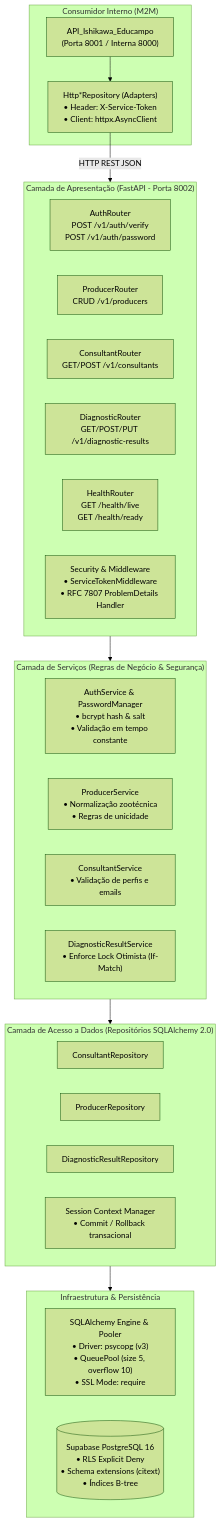
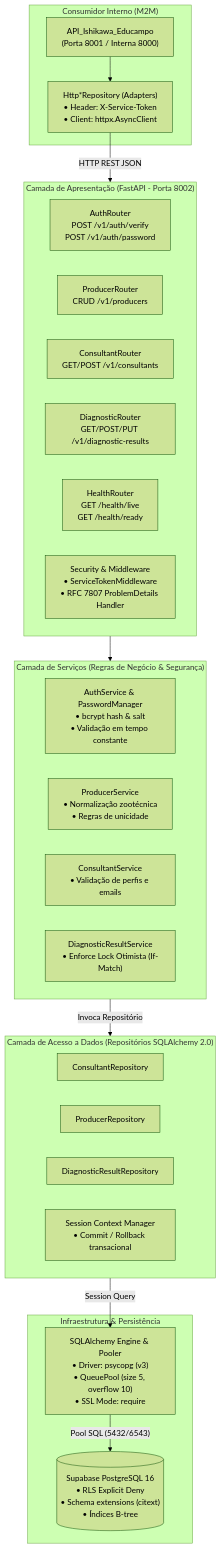
Before and after one commit to MarcosVeniciu/DB_API_Ishikawa: the diagram in docs/api_architecture_and_components.md, drawn with Mermaid (forest theme). The commit also changed 1 other file, not shown here.

Commit message:
fix(docs): align API UML connectors and clarify database engine origin in diagram

````diff
--- a/docs/api_architecture_and_components.md
+++ b/docs/api_architecture_and_components.md
@@ -23,41 +23,42 @@
 ```mermaid
 graph TD
     subgraph Consumidor["Consumidor Interno (M2M)"]
         MainAPI["API_Ishikawa_Educampo\n(Porta 8001 / Interna 8000)"]
         Adapters["Http*Repository (Adapters)\n• Header: X-Service-Token\n• Client: httpx.AsyncClient"]
         MainAPI --> Adapters
     end
 
     subgraph Presentation["Camada de Apresentação (FastAPI - Porta 8002)"]
         RouterAuth["AuthRouter\nPOST /v1/auth/verify\nPOST /v1/auth/password"]
         RouterProd["ProducerRouter\nCRUD /v1/producers"]
         RouterCons["ConsultantRouter\nGET/POST /v1/consultants"]
         RouterDiag["DiagnosticRouter\nGET/POST/PUT /v1/diagnostic-results"]
         RouterHealth["HealthRouter\nGET /health/live\nGET /health/ready"]
         SecMiddleware["Security & Middleware\n• ServiceTokenMiddleware\n• RFC 7807 ProblemDetails Handler"]
     end
 
     subgraph Services["Camada de Serviços (Regras de Negócio & Segurança)"]
         AuthSvc["AuthService & PasswordManager\n• bcrypt hash & salt\n• Validação em tempo constante"]
         ProdSvc["ProducerService\n• Normalização zootécnica\n• Regras de unicidade"]
         ConsSvc["ConsultantService\n• Validação de perfis e emails"]
         DiagSvc["DiagnosticResultService\n• Enforce Lock Otimista (If-Match)"]
     end
 
     subgraph Repositories["Camada de Acesso a Dados (Repositórios SQLAlchemy 2.0)"]
         RepoCons["ConsultantRepository"]
         RepoProd["ProducerRepository"]
         RepoDiag["DiagnosticResultRepository"]
         UoW["Session Context Manager\n• Commit / Rollback transacional"]
     end
 
     subgraph Infrastructure["Infraestrutura & Persistência"]
         Engine["SQLAlchemy Engine & Pooler\n• Driver: psycopg (v3)\n• QueuePool (size 5, overflow 10)\n• SSL Mode: require"]
         Database[("Supabase PostgreSQL 16\n• RLS Explicit Deny\n• Schema extensions (citext)\n• Índices B-tree")]
     end
 
     Adapters -->|"HTTP REST JSON"| Presentation
     Presentation --> Services
-    Services --> Repositories
-    Repositories --> Infrastructure
+    Services -->|"Invoca Repositório"| Repositories
+    Repositories -->|"Session Query"| Engine
+    Engine -->|"Pool SQL (5432/6543)"| Database
 ```
````
